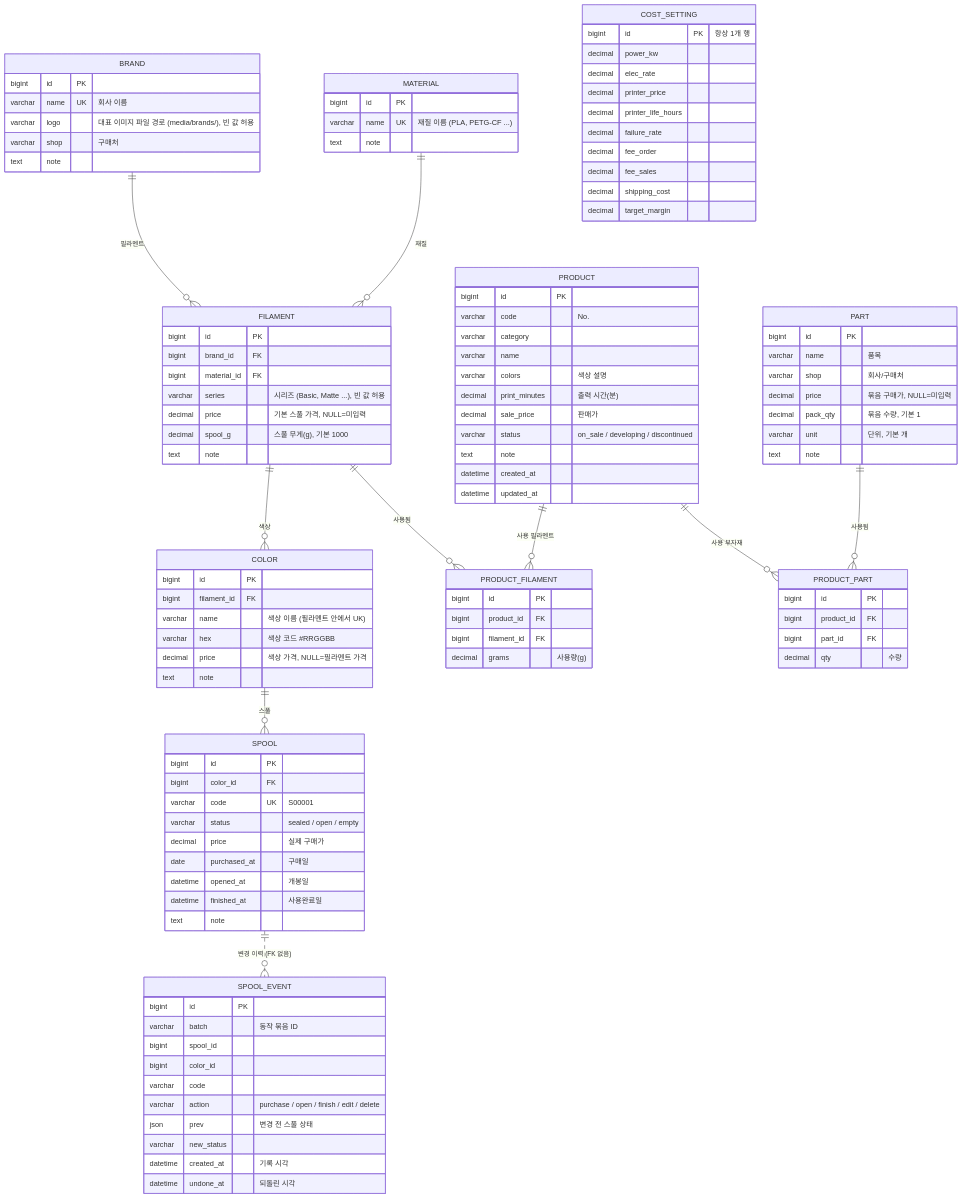
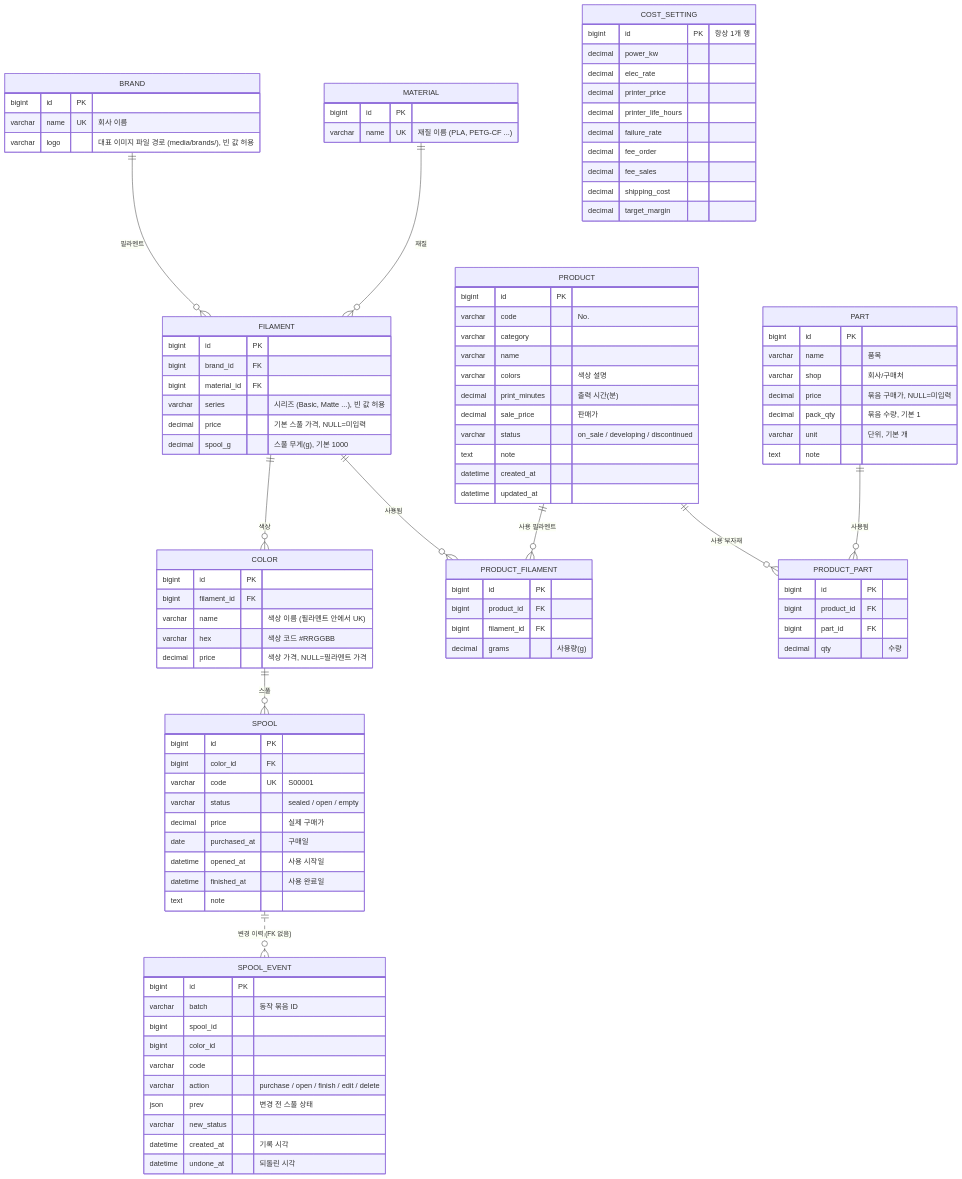
Before and after one commit to probeV/3D-Farm-Farm: the diagram in docs/ERD.md, drawn with Mermaid. The commit also changed other lines of this file and 1 other file, not shown here.

Commit message:
docs: 기술 스택 확정 및 필라멘트 요구사항 갱신
- 기술 스택: DRF + React(TypeScript, Vite, TanStack Query), backend/·frontend/ 모노레포
- 스풀 상태 용어 변경: 재고 / 사용 중 / 사용 완료, 색상 상태 재고 없음 / 소진
- 회사별 요약: 모든 회사, 사용량 순, 카드 클릭 필터, 가로 슬라이드
- 필라멘트 목록: 제목 타일 + 색상 타일, 검색·필터·정렬은 목록에만 적용
- 회사·재질·필라멘트·색상의 구매처·비고 제거, 사이드바 화면 이동 추가

```diff
--- a/docs/ERD.md
+++ b/docs/ERD.md
@@ -20,13 +20,10 @@
         bigint id PK
         varchar name UK "회사 이름"
         varchar logo "대표 이미지 파일 경로 (media/brands/), 빈 값 허용"
-        varchar shop "구매처"
-        text note
     }
     MATERIAL {
         bigint id PK
         varchar name UK "재질 이름 (PLA, PETG-CF ...)"
-        text note
     }
     FILAMENT {
         bigint id PK
@@ -35,7 +32,6 @@
         varchar series "시리즈 (Basic, Matte ...), 빈 값 허용"
         decimal price "기본 스풀 가격, NULL=미입력"
         decimal spool_g "스풀 무게(g), 기본 1000"
-        text note
     }
     COLOR {
         bigint id PK
@@ -43,7 +39,6 @@
         varchar name "색상 이름 (필라멘트 안에서 UK)"
         varchar hex "색상 코드 #RRGGBB"
         decimal price "색상 가격, NULL=필라멘트 가격"
-        text note
     }
     SPOOL {
         bigint id PK
@@ -52,8 +47,8 @@
         varchar status "sealed / open / empty"
         decimal price "실제 구매가"
         date purchased_at "구매일"
-        datetime opened_at "개봉일"
-        datetime finished_at "사용완료일"
+        datetime opened_at "사용 시작일"
+        datetime finished_at "사용 완료일"
         text note
     }
     SPOOL_EVENT {
```
